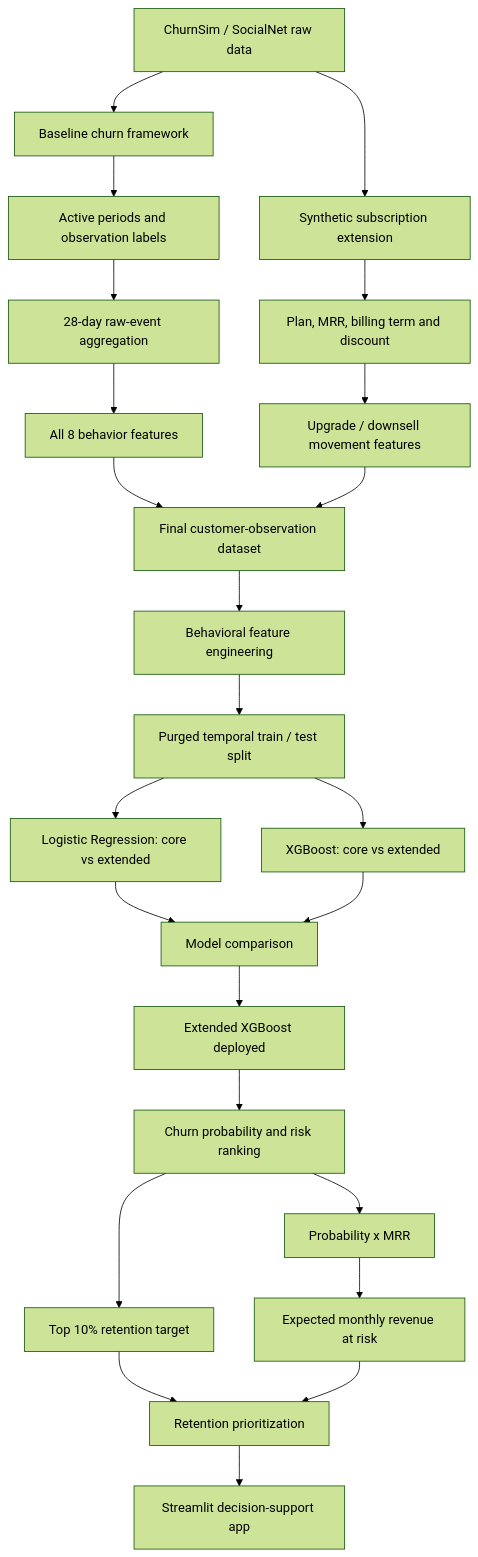
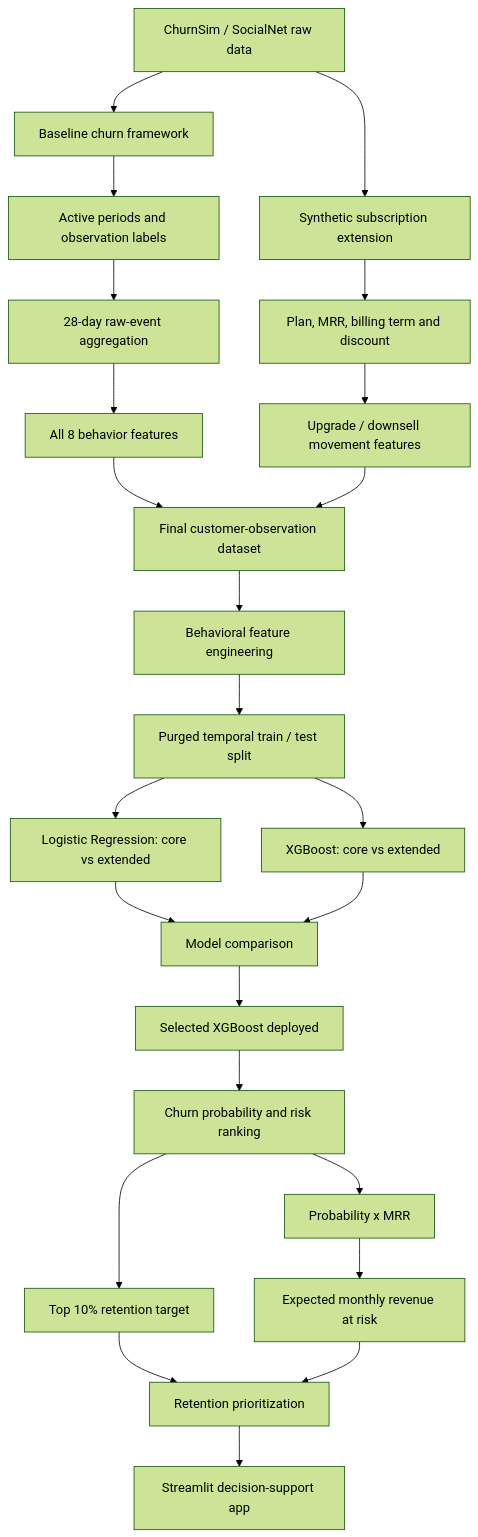
One commit to htoor2026/fighting_with_churn changed the diagram in README.md. Above: the diagram before and after it, drawn with Mermaid (forest theme). The commit also changed other lines of this file and 3 other files, not shown here.

Commit message:
Align app and notebooks with selected XGBoost model

````diff
--- a/README.md
+++ b/README.md
@@ -48,26 +48,26 @@
 ```mermaid
 flowchart TD
     A[ChurnSim / SocialNet raw data] --> B[Baseline churn framework]
     B --> C[Active periods and observation labels]
     C --> D[28-day raw-event aggregation]
     D --> E[All 8 behavior features]
     A --> F[Synthetic subscription extension]
     F --> G[Plan, MRR, billing term and discount]
     G --> H[Upgrade / downsell movement features]
     E --> I[Final customer-observation dataset]
     H --> I
     I --> J[Behavioral feature engineering]
     J --> K[Purged temporal train / test split]
     K --> L[Logistic Regression: core vs extended]
     K --> M[XGBoost: core vs extended]
     L --> N[Model comparison]
     M --> N
-    N --> O[Extended XGBoost deployed]
+    N --> O[Selected XGBoost deployed]
     O --> P[Churn probability and risk ranking]
     P --> Q[Top 10% retention target]
     P --> R[Probability x MRR]
     R --> S[Expected monthly revenue at risk]
     Q --> T[Retention prioritization]
     S --> T
     T --> U[Streamlit decision-support app]
 ```
````
